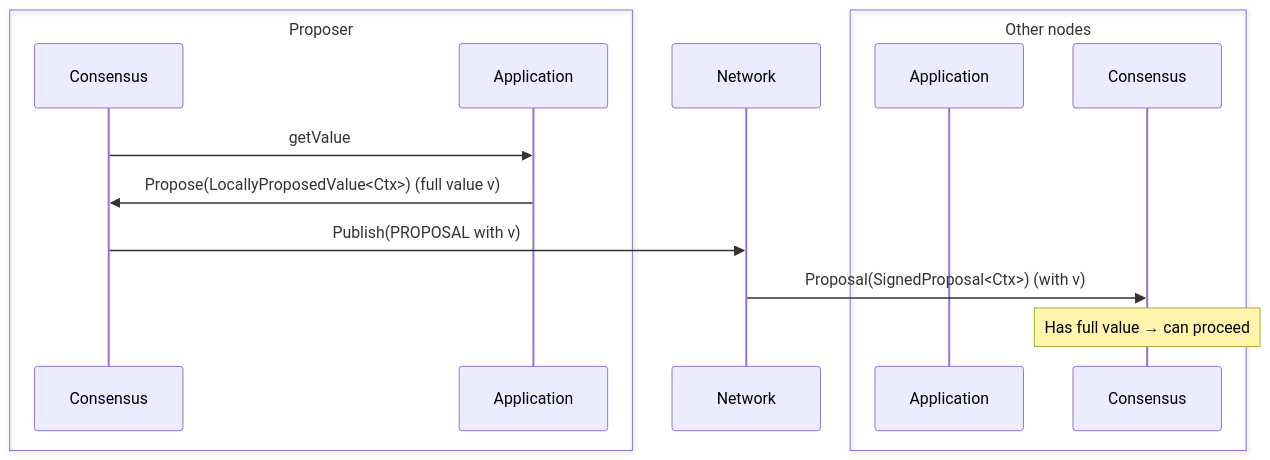
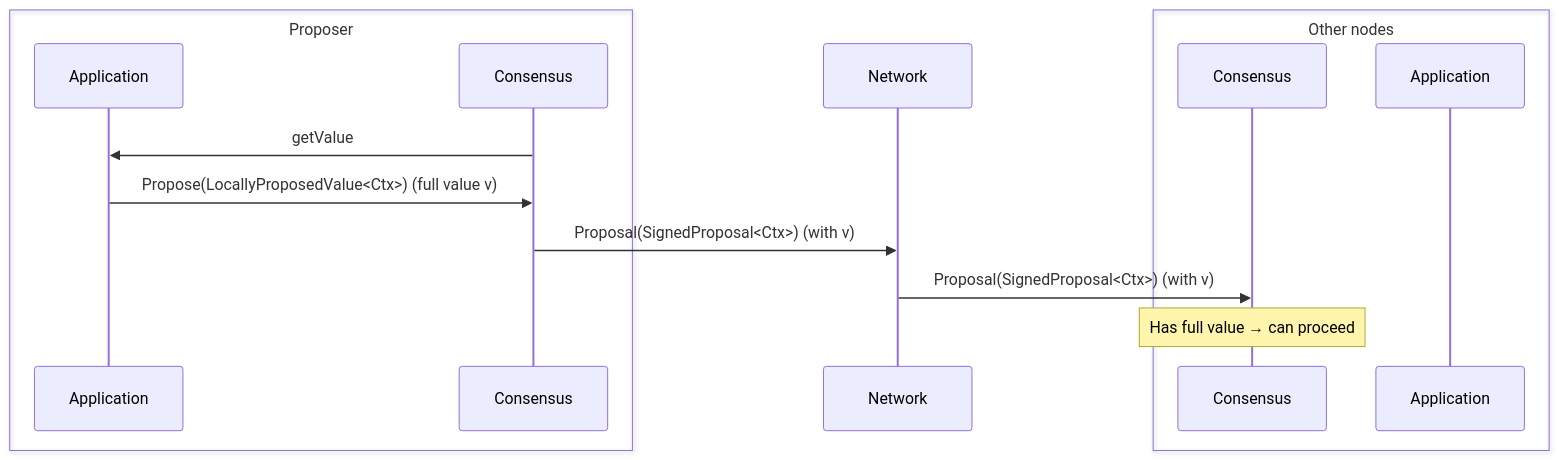
The first of 3 diagrams in docs/architecture/adr-003-values-propagation.md (circlefin/malachite), drawn with Mermaid before and after one commit. The commit also changed other lines of this file, not shown here.

Commit message:
fix: diagrams

````diff
--- a/docs/architecture/adr-003-values-propagation.md
+++ b/docs/architecture/adr-003-values-propagation.md
@@ -107,20 +107,20 @@
 ```mermaid
 sequenceDiagram
     box Proposer
+      participant A1 as Application
       participant C1 as Consensus
-      participant A1 as Application
     end
 
     participant N as Network
     
     box Other nodes
+      participant C2 as Consensus
       participant A2 as Application
-      participant C2 as Consensus
     end
 
     C1->>A1: getValue
     A1->>C1: Propose(LocallyProposedValue<Ctx>) (full value v)
-    C1->>N: Publish(PROPOSAL with v)
+    C1->>N: Proposal(SignedProposal<Ctx>) (with v)
     N->>C2: Proposal(SignedProposal<Ctx>) (with v)
     Note over C2: Has full value → can proceed
 ```
````
